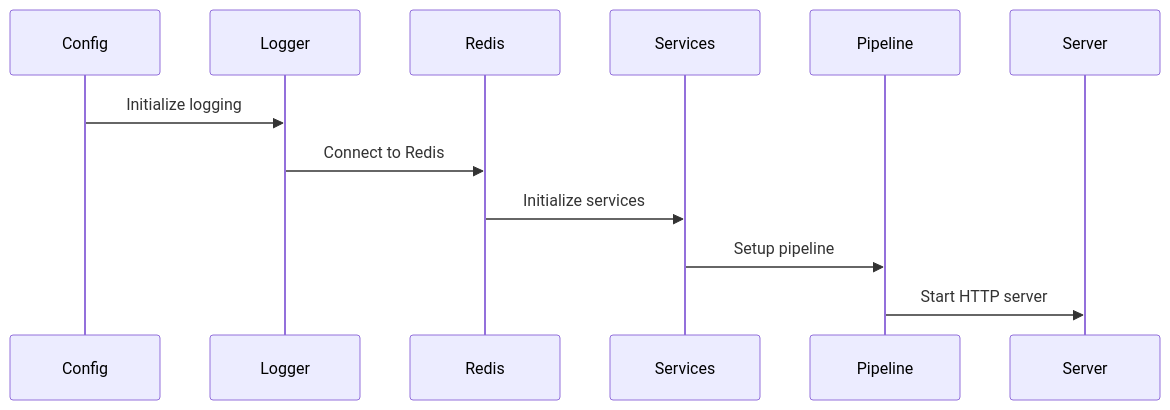
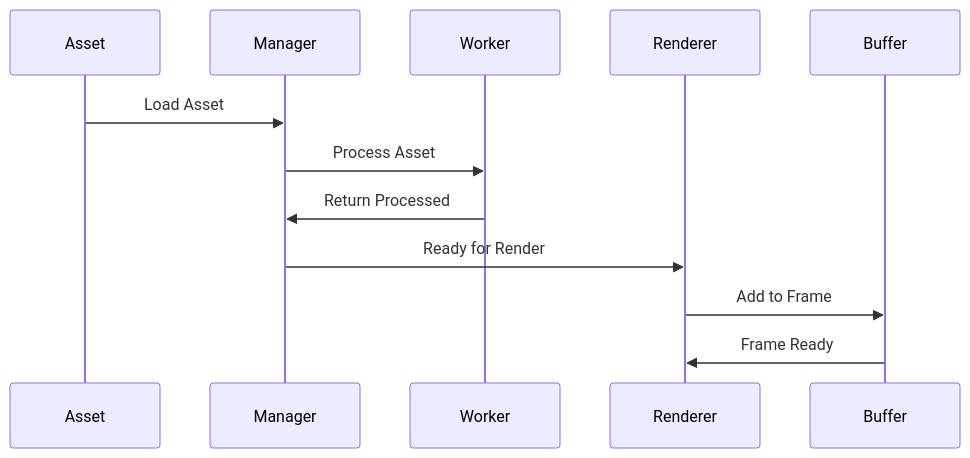
The third of 4 diagrams in apps/stream-manager/src/README.md (bigshellpliskin/sothebais), drawn with Mermaid before and after one commit. The commit also changed other lines of this file and 68 other files, not shown here.

````diff
--- a/apps/stream-manager/src/README.md
+++ b/apps/stream-manager/src/README.md
@@ -109,15 +203,15 @@
 ```mermaid
 sequenceDiagram
-    participant Config
-    participant Logger
-    participant Redis
-    participant Services
-    participant Pipeline
-    participant Server
+    participant Asset
+    participant Manager
+    participant Worker
+    participant Renderer
+    participant Buffer
 
-    Config->>Logger: Initialize logging
-    Logger->>Redis: Connect to Redis
-    Redis->>Services: Initialize services
-    Services->>Pipeline: Setup pipeline
-    Pipeline->>Server: Start HTTP server
+    Asset->>Manager: Load Asset
+    Manager->>Worker: Process Asset
+    Worker->>Manager: Return Processed
+    Manager->>Renderer: Ready for Render
+    Renderer->>Buffer: Add to Frame
+    Buffer->>Renderer: Frame Ready
 ```
````
